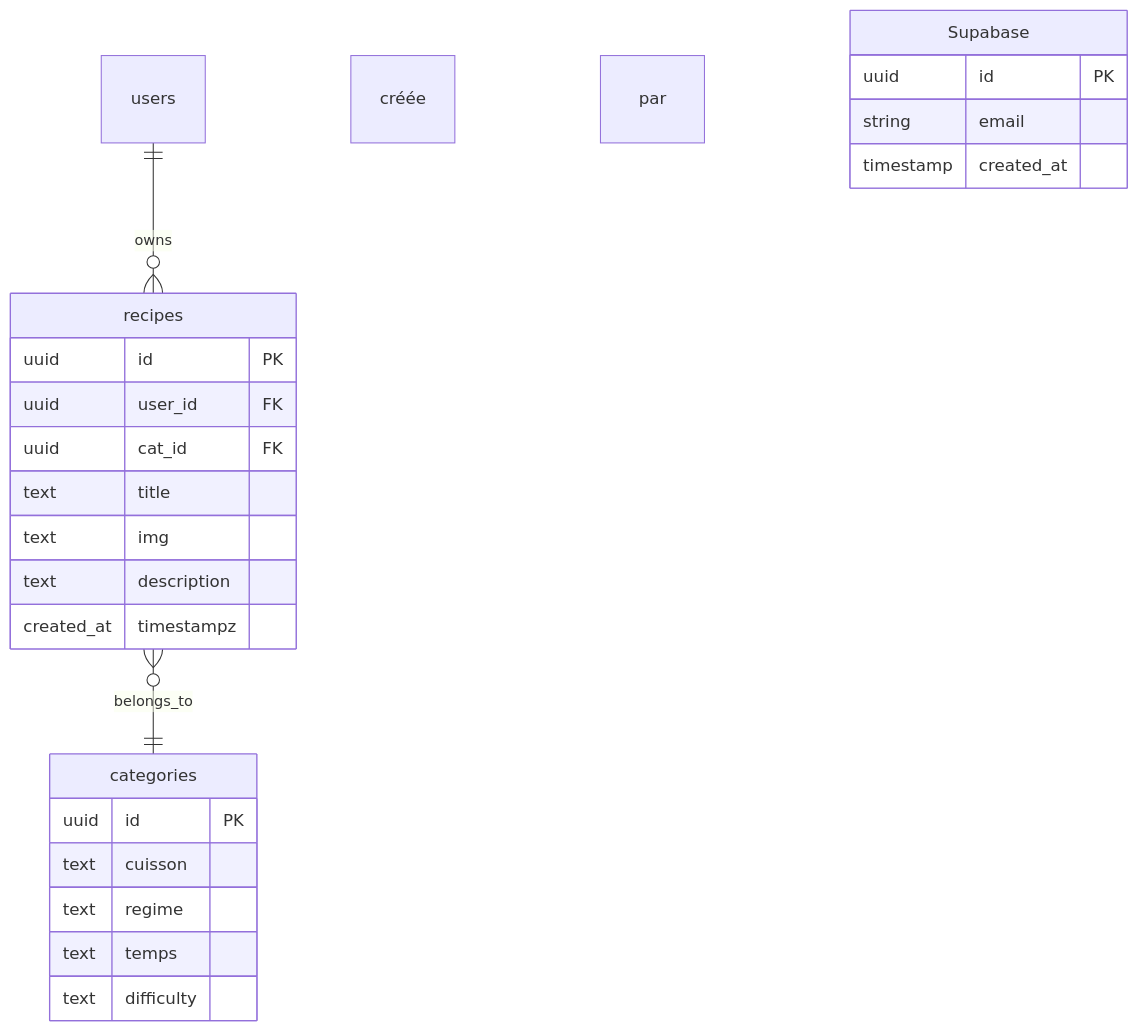
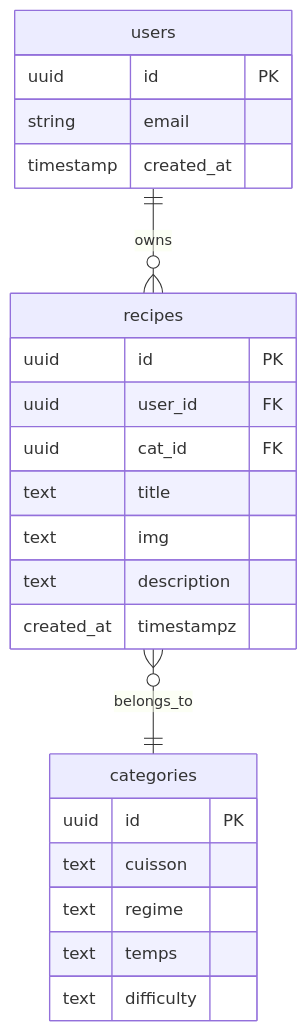
The diagram in README.md (elisalenotre/petite-cuillere), drawn with Mermaid before and after one commit.

Commit message:
:bug: readme mermaid rectification part2

````diff
--- a/README.md
+++ b/README.md
@@ -171,29 +171,29 @@
 ```mermaid
 erDiagram
     users ||--o{ recipes : owns
     recipes }o--|| categories : belongs_to
 
-    users créée par Supabase {
+    users {
         uuid id PK
         string email
         timestamp created_at
     }
 
     categories {
         uuid id PK
         text cuisson 
         text regime
         text temps
         text difficulty
     }
 
     recipes {
         uuid id PK
         uuid user_id FK
         uuid cat_id FK
         text title
         text img
         text description
         created_at timestampz
     }
 ```
````
